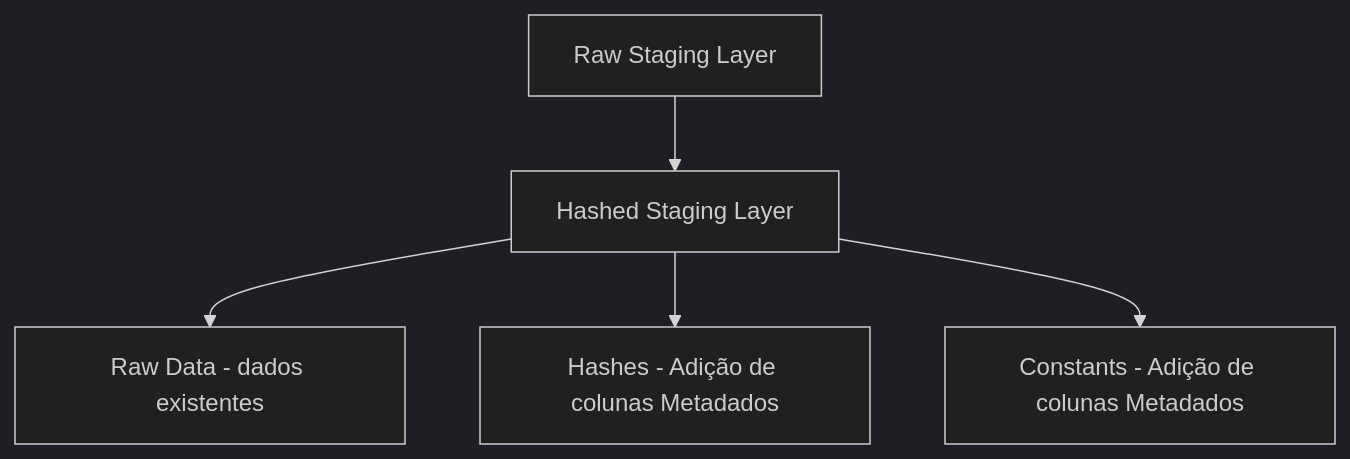
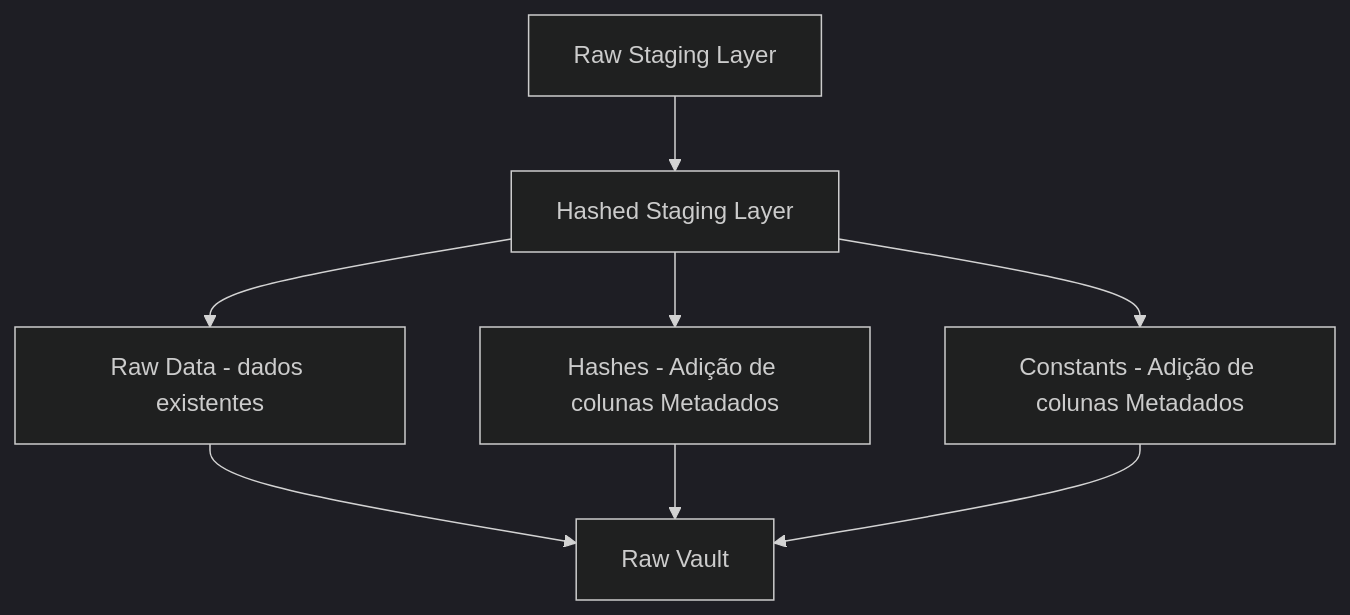
The diagram in README.md (victorbertoldo/learning_datavault), drawn with Mermaid (dark theme) before and after one commit. The commit also changed 1 other file, not shown here.

Commit message:
Link deply

````diff
--- a/README.md
+++ b/README.md
@@ -92,7 +92,10 @@
 ```mermaid
 flowchart TD
     A[Raw Staging Layer]-->B;
     B[Hashed Staging Layer]-->C[Raw Data - dados existentes];
     B[Hashed Staging Layer]-->D[Hashes - Adição de colunas Metadados];
     B[Hashed Staging Layer]-->E[Constants - Adição de colunas Metadados];
+    C[Raw Data - dados existentes]-->F[Raw Vault];
+    D[Hashes - Adição de colunas Metadados]-->F[Raw Vault];
+    E[Constants - Adição de colunas Metadados]-->F[Raw Vault];
 ```    
````
